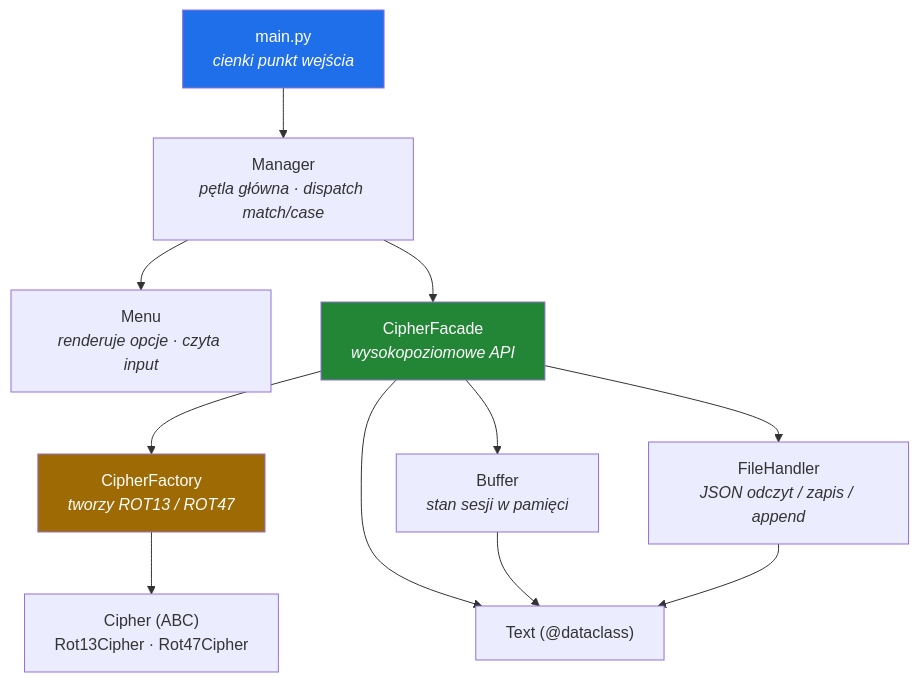
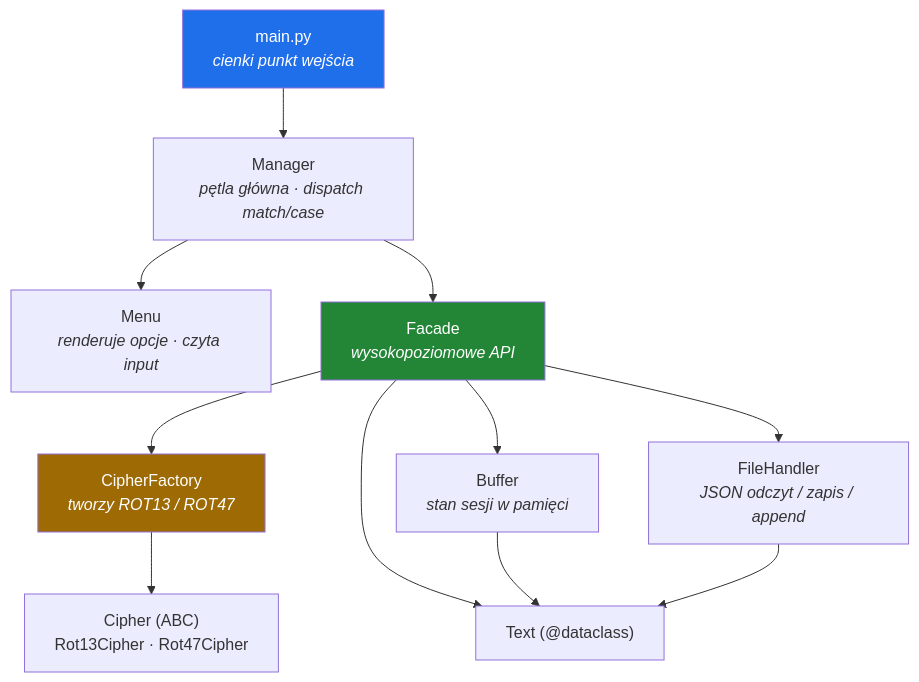
The second of 2 diagrams in README.md (Robert-Stachowski/cipher), drawn with Mermaid before and after one commit. The commit also changed other lines of this file, not shown here.

````diff
--- a/README.md
+++ b/README.md
@@ -263,17 +270,17 @@
 ```mermaid
 flowchart TD
     A["main.py<br/><i>cienki punkt wejścia</i>"] --> B["Manager<br/><i>pętla główna · dispatch match/case</i>"]
     B --> M["Menu<br/><i>renderuje opcje · czyta input</i>"]
-    B --> F["CipherFacade<br/><i>wysokopoziomowe API</i>"]
+    B --> F["Facade<br/><i>wysokopoziomowe API</i>"]
     F --> C["CipherFactory<br/><i>tworzy ROT13 / ROT47</i>"]
     F --> BUF["Buffer<br/><i>stan sesji w pamięci</i>"]
     F --> S["FileHandler<br/><i>JSON odczyt / zapis / append</i>"]
     C --> CIP["Cipher (ABC)<br/>Rot13Cipher · Rot47Cipher"]
     F --> T["Text (@dataclass)"]
     BUF --> T
     S --> T
 
     style A fill:#1f6feb,color:#fff
     style F fill:#238636,color:#fff
     style C fill:#9e6a03,color:#fff
 ```
````
